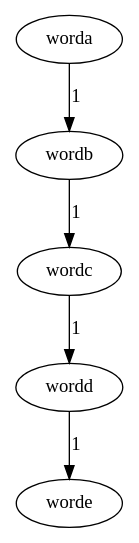
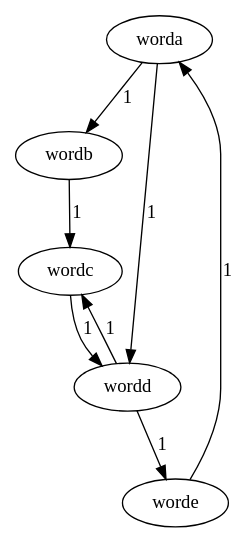
The diagram in dotsource.dot (Halloween5/Lab1-2021111708), drawn with Graphviz before and after one commit. The commit also changed 7 other files, not shown here.

```diff
--- a/dotsource.dot
+++ b/dotsource.dot
@@ -1,6 +1,9 @@
 digraph G {
 worda -> wordb [label="1"];
+worda -> wordd [label="1"];
 wordc -> wordd [label="1"];
 wordb -> wordc [label="1"];
+worde -> worda [label="1"];
+wordd -> wordc [label="1"];
 wordd -> worde [label="1"];
 }
```
